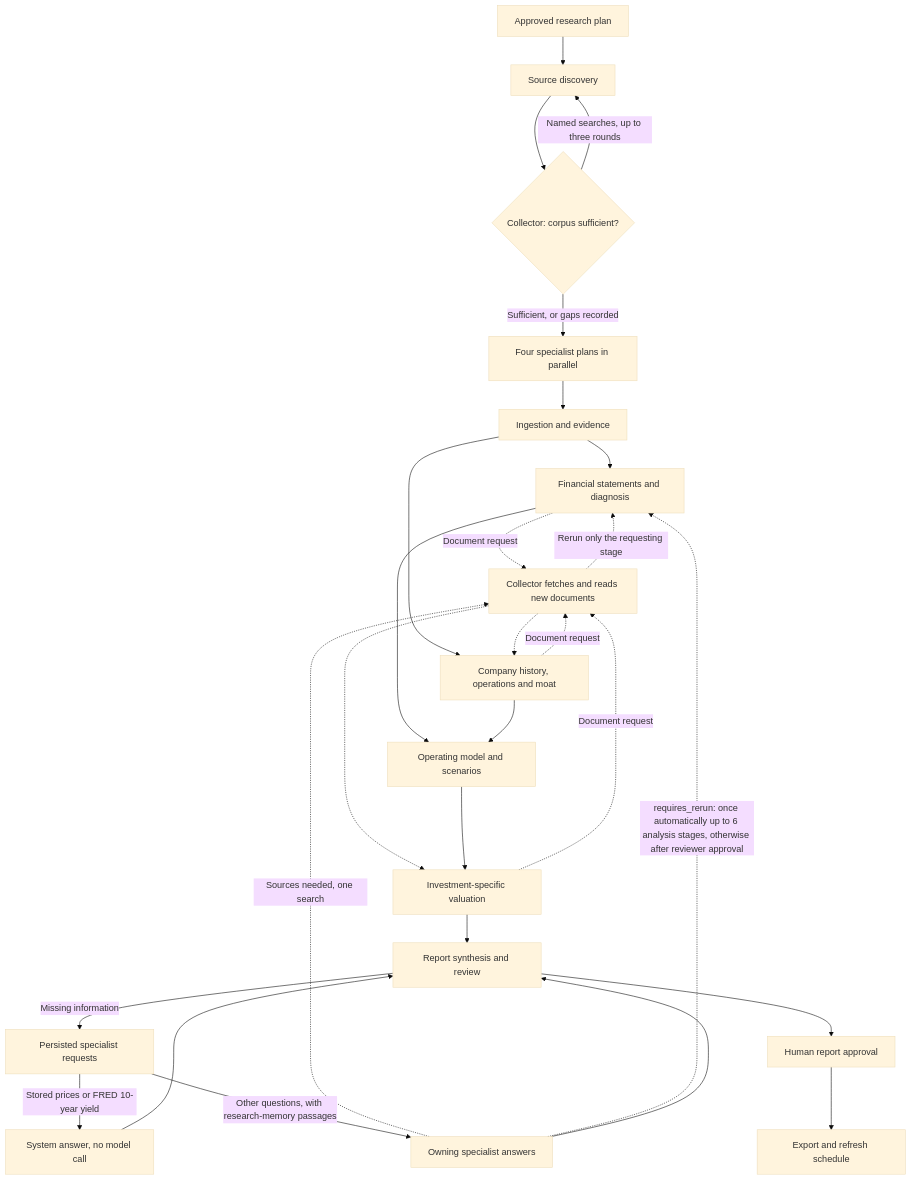
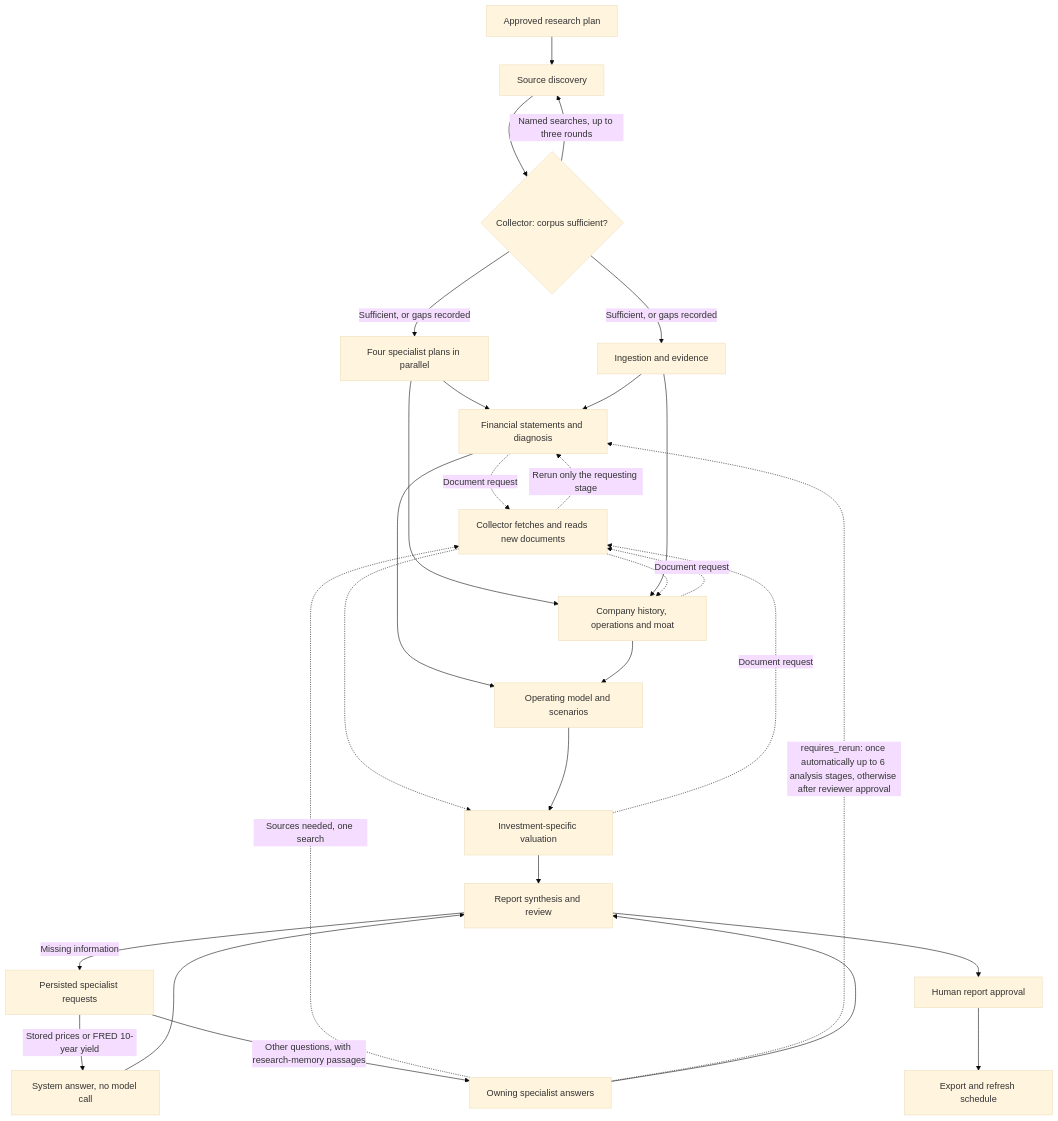
The diagram in docs/system.md (ToRRIIDeR97/Investing-Research-Pipeline), drawn with Mermaid (base theme) before and after one commit. The commit also changed other lines of this file and 5 other files, not shown here.

First line of the commit message:
perf: let ingestion and evidence extraction run while team briefs are written

````diff
--- a/docs/system.md
+++ b/docs/system.md
@@ -47,29 +47,31 @@
 ```mermaid
 flowchart TD
   Plan[Approved research plan] --> Discovery[Source discovery]
   Discovery --> Review{Collector: corpus sufficient?}
   Review -->|Named searches, up to three rounds| Discovery
   Review -->|Sufficient, or gaps recorded| Briefs[Four specialist plans in parallel]
-  Briefs --> Data[Ingestion and evidence]
+  Review -->|Sufficient, or gaps recorded| Data[Ingestion and evidence]
+  Briefs --> Financials
+  Briefs --> Business
   Data --> Financials[Financial statements and diagnosis]
   Data --> Business[Company history, operations and moat]
   Financials -.->|Document request| Collector[Collector fetches and reads new documents]
   Business -.->|Document request| Collector
   Valuation -.->|Document request| Collector
   Collector -.->|Rerun only the requesting stage| Financials
   Collector -.-> Business
   Collector -.-> Valuation
   Financials --> Scenarios[Operating model and scenarios]
   Business --> Scenarios
   Scenarios --> Valuation[Investment-specific valuation]
   Valuation --> Report[Report synthesis and review]
   Report -->|Missing information| Requests[Persisted specialist requests]
   Requests -->|Stored prices or FRED 10-year yield| SystemAnswer[System answer, no model call]
   Requests -->|Other questions, with research-memory passages| Owner[Owning specialist answers]
   Owner -.->|Sources needed, one search| Collector
   Owner -.->|requires_rerun: once automatically up to 6 analysis stages, otherwise after reviewer approval| Financials
   SystemAnswer --> Report
   Owner --> Report
   Report --> Human[Human report approval]
   Human --> Export[Export and refresh schedule]
 ```
````
